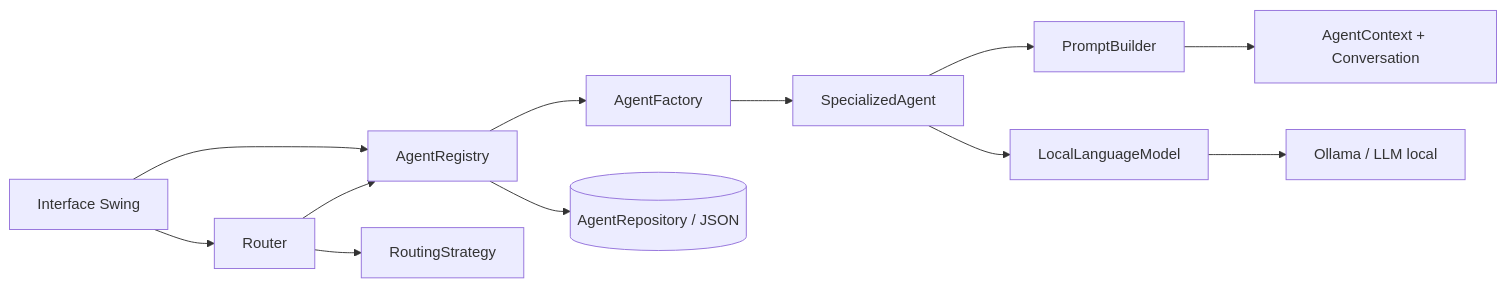
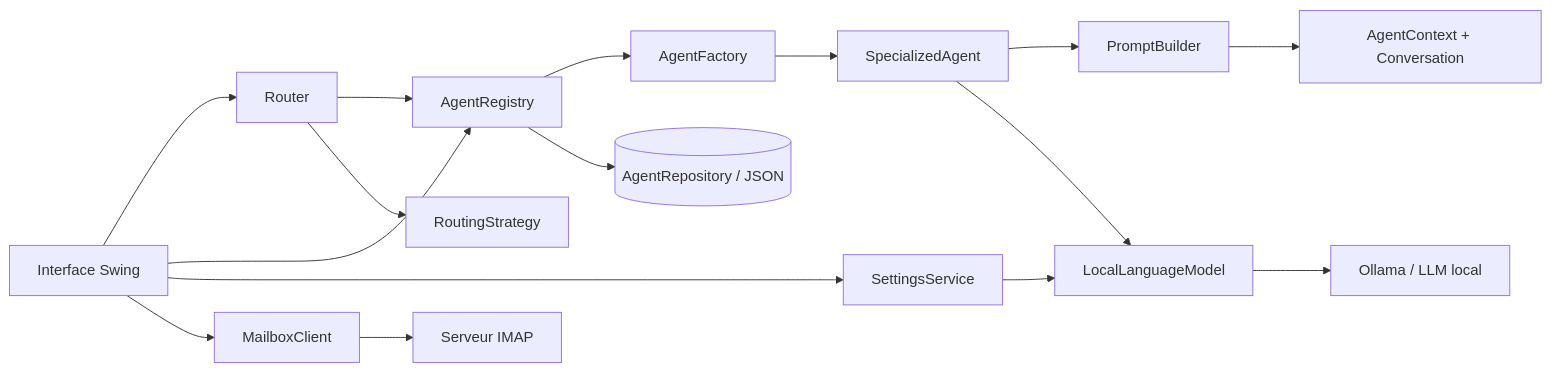
The first of 3 diagrams in projet/docs/architecture.md (tivikou/mails_organiseur), drawn with Mermaid before and after one commit. The commit also changed other lines of this file and 20 other files, not shown here.

First line of the commit message:
Onglets Synchronisation (IMAP lecture seule) et Modèle LLM, règles de rédaction des agents

````diff
--- a/projet/docs/architecture.md
+++ b/projet/docs/architecture.md
@@ -5,14 +5,18 @@
 ```mermaid
 flowchart LR
     UI[Interface Swing] --> ROUTER[Router]
     UI --> REGISTRY[AgentRegistry]
+    UI --> SETTINGS[SettingsService]
+    UI --> MAILBOX[MailboxClient]
+    MAILBOX --> IMAP[Serveur IMAP]
+    SETTINGS --> LLM
     ROUTER --> REGISTRY
     ROUTER --> STRATEGY[RoutingStrategy]
     REGISTRY --> FACTORY[AgentFactory]
     REGISTRY --> REPO[(AgentRepository / JSON)]
     FACTORY --> AGENT[SpecializedAgent]
     AGENT --> PROMPT[PromptBuilder]
     PROMPT --> CONTEXT[AgentContext + Conversation]
     AGENT --> LLM[LocalLanguageModel]
     LLM --> OLLAMA[Ollama / LLM local]
 ```
````
